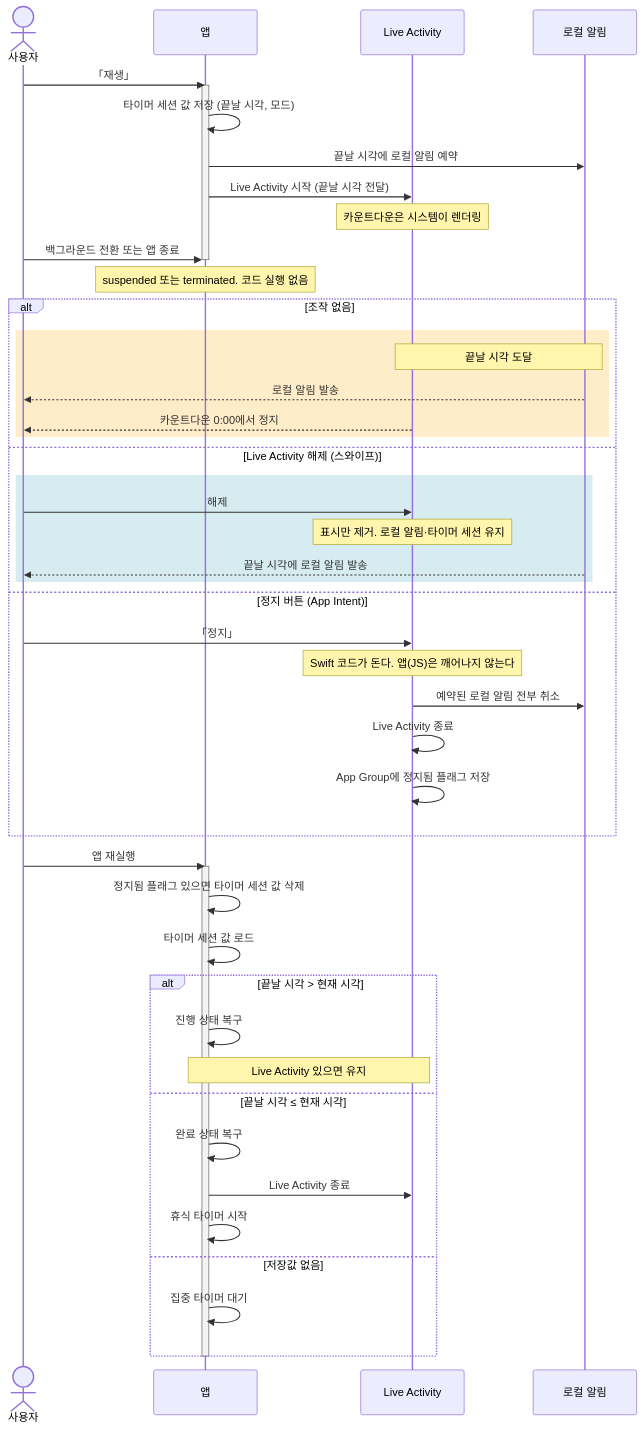
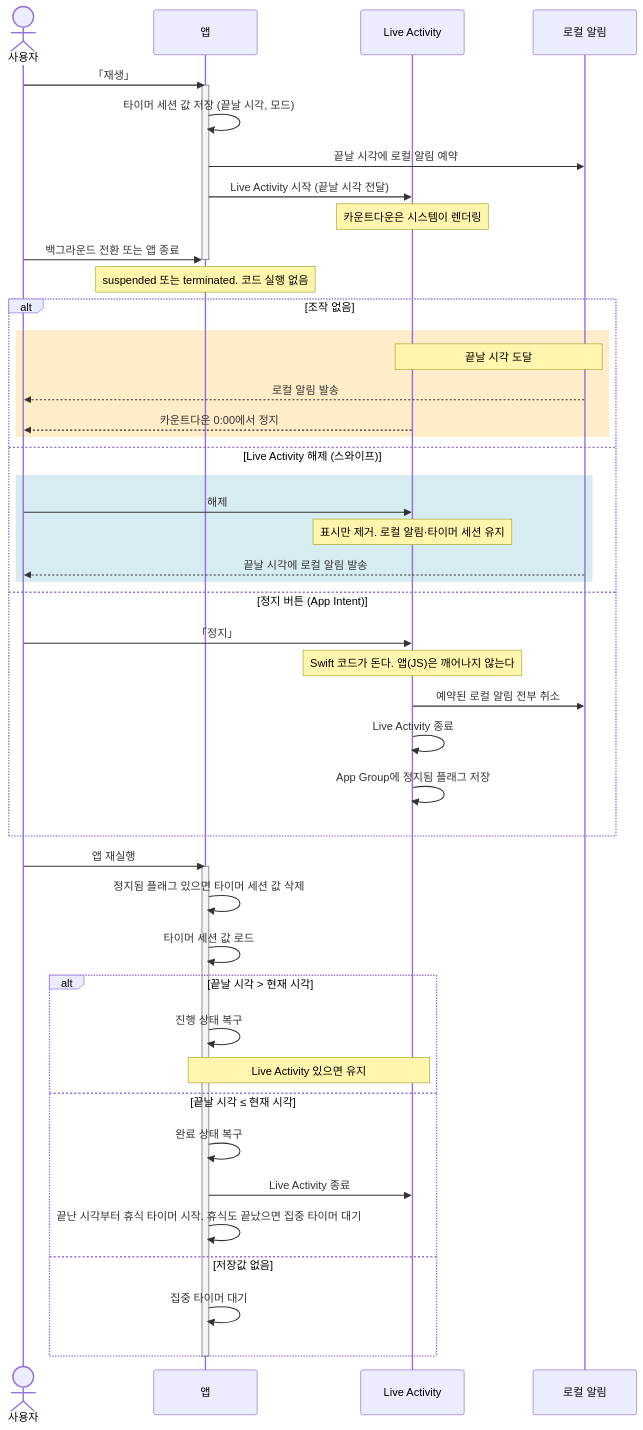
Before and after one commit to Bori-github/tadaktadak: the diagram in SPEC.md, drawn with Mermaid. The commit also changed other lines of this file and 22 other files, not shown here.

````diff
--- a/SPEC.md
+++ b/SPEC.md
@@ -16,54 +16,54 @@
 ```mermaid
 sequenceDiagram
     actor U as 사용자
     participant A as 앱
     participant L as Live Activity
     participant N as 로컬 알림
 
     U->>A: 「재생」
     activate A
     A->>A: 타이머 세션 값 저장 (끝날 시각, 모드)
     A->>N: 끝날 시각에 로컬 알림 예약
     A->>L: Live Activity 시작 (끝날 시각 전달)
     Note over L: 카운트다운은 시스템이 렌더링
 
     U->>A: 백그라운드 전환 또는 앱 종료
     deactivate A
     Note over A: suspended 또는 terminated. 코드 실행 없음
 
     alt 조작 없음
         rect rgb(255, 236, 200)
             Note over L,N: 끝날 시각 도달
             N-->>U: 로컬 알림 발송
             L-->>U: 카운트다운 0:00에서 정지
         end
     else Live Activity 해제 (스와이프)
         rect rgb(214, 236, 240)
             U->>L: 해제
             Note over L: 표시만 제거. 로컬 알림·타이머 세션 유지
             N-->>U: 끝날 시각에 로컬 알림 발송
         end
     else 정지 버튼 (App Intent)
         U->>L: 「정지」
         Note over L: Swift 코드가 돈다. 앱(JS)은 깨어나지 않는다
         L->>N: 예약된 로컬 알림 전부 취소
         L->>L: Live Activity 종료
         L->>L: App Group에 정지됨 플래그 저장
     end
 
     U->>A: 앱 재실행
     activate A
     A->>A: 정지됨 플래그 있으면 타이머 세션 값 삭제
     A->>A: 타이머 세션 값 로드
     alt 끝날 시각 > 현재 시각
         A->>A: 진행 상태 복구
         Note over A,L: Live Activity 있으면 유지
     else 끝날 시각 ≤ 현재 시각
         A->>A: 완료 상태 복구
         A->>L: Live Activity 종료
-        A->>A: 휴식 타이머 시작
+        A->>A: 끝난 시각부터 휴식 타이머 시작. 휴식도 끝났으면 집중 타이머 대기
     else 저장값 없음
         A->>A: 집중 타이머 대기
     end
     deactivate A
 ```
````
